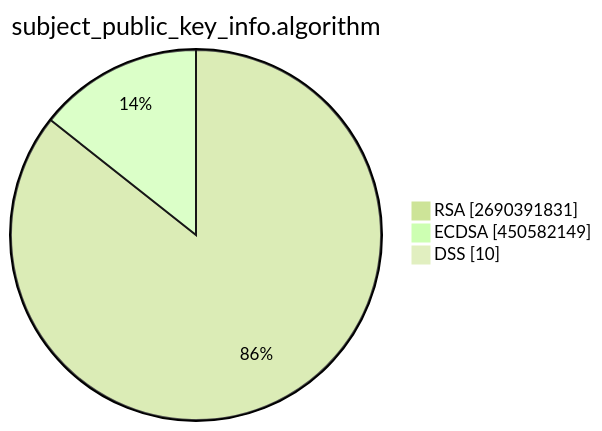
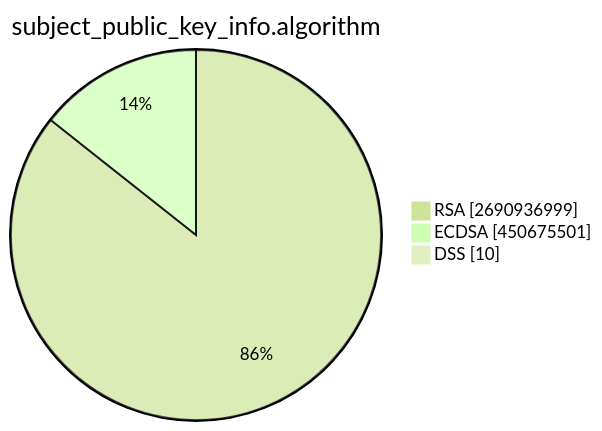
One commit to christiankrug/ctmonitor_visualization changed the second of 15 diagrams in TOTAL/README.md. Above: the diagram before and after it, drawn with Mermaid (forest theme). The commit also changed other lines of this file, not shown here.

````diff
--- a/TOTAL/README.md
+++ b/TOTAL/README.md
@@ -6,7 +6,7 @@
 ```mermaid
 pie showData
 title subject_public_key_info.algorithm
-"RSA" :2690391831
-"ECDSA" :450582149
+"RSA" :2690936999
+"ECDSA" :450675501
 "DSS" :10
 ```
````
